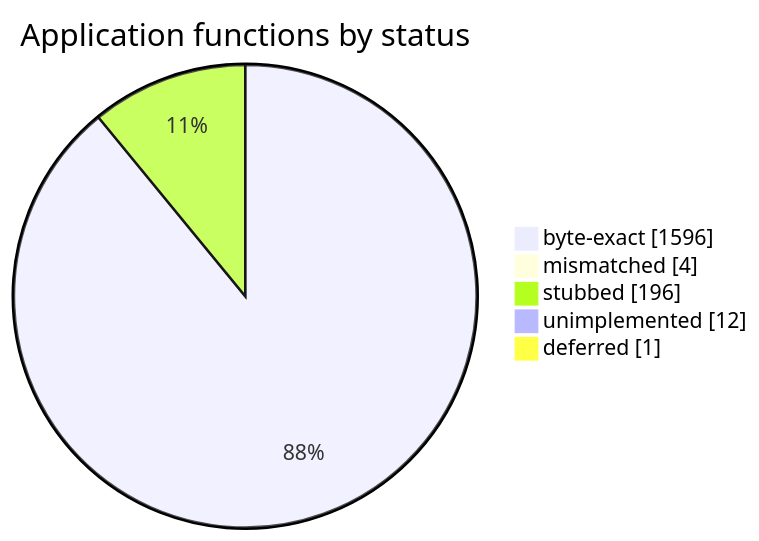
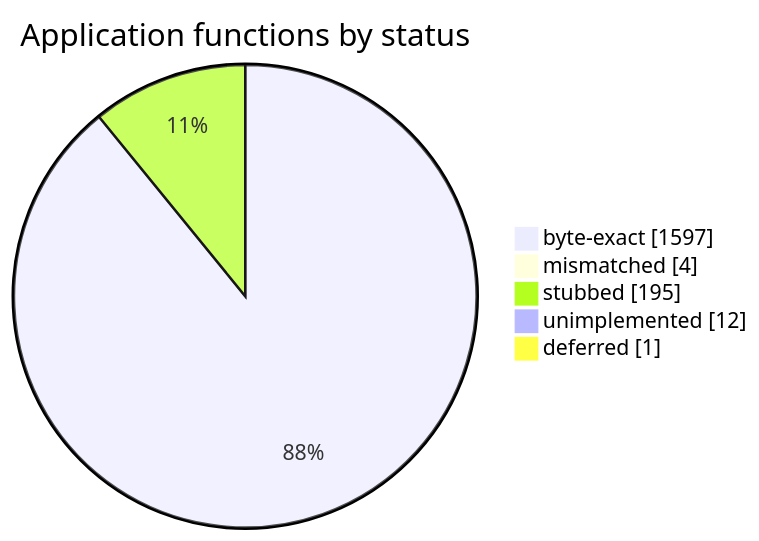
One commit to sorokya/eos changed the diagram in README.md. Above: the diagram before and after it, drawn with Mermaid. The commit also changed other lines of this file and 3 other files, not shown here.

````diff
--- a/README.md
+++ b/README.md
@@ -152,9 +152,9 @@
 ```mermaid
 pie showData
     title Application functions by status
-    "byte-exact" : 1596
+    "byte-exact" : 1597
     "mismatched" : 4
-    "stubbed" : 196
+    "stubbed" : 195
     "unimplemented" : 12
     "deferred" : 1
 ```
````
